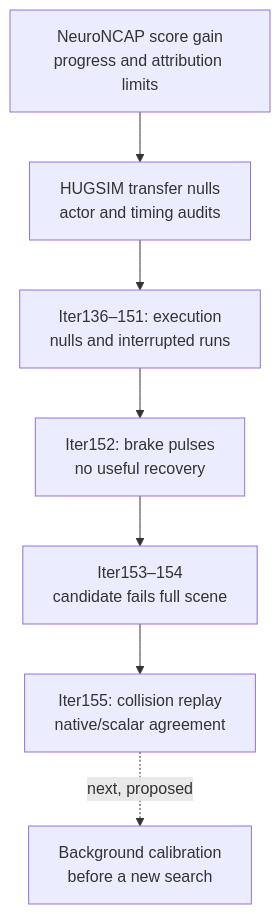
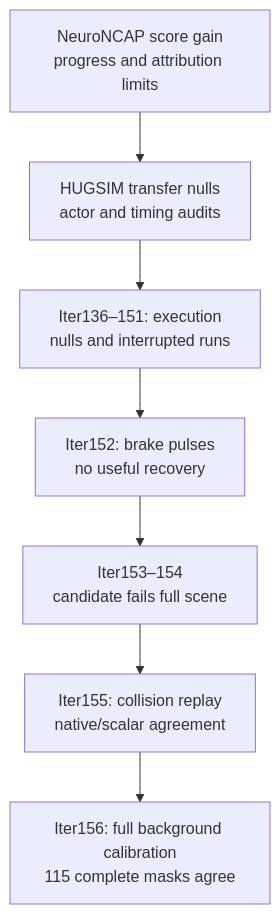
Before and after one commit to manfromnowhere143/sentinel: the second of 3 diagrams in README.md, drawn with Mermaid. The commit also changed other lines of this file and 36 other files, not shown here.

Commit message:
Close Iter156 finite background calibration with independent replay

````diff
--- a/README.md
+++ b/README.md
@@ -227,11 +227,11 @@
 ```mermaid
 flowchart TB
   accTitle: How the evidence changed the research question
   accDescr: Benchmark gains and transfer nulls lead to recovery tests, a failed model candidate, and a verified background collision witness.
   N["NeuroNCAP score gain<br/>progress and attribution limits"] --> T["HUGSIM transfer nulls<br/>actor and timing audits"]
   T --> E["Iter136–151: execution<br/>nulls and interrupted runs"]
   E --> P["Iter152: brake pulses<br/>no useful recovery"]
   P --> M["Iter153–154<br/>candidate fails full scene"]
   M --> W["Iter155: collision replay<br/>native/scalar agreement"]
-  W -. "next, proposed" .-> C["Background calibration<br/>before a new search"]
+  W --> C["Iter156: full background calibration<br/>115 complete masks agree"]
 ```
````
